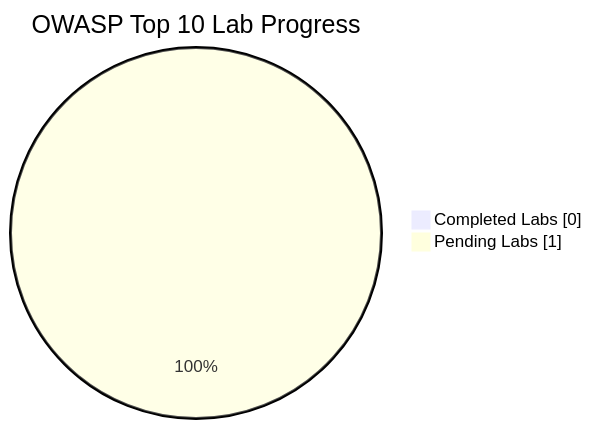
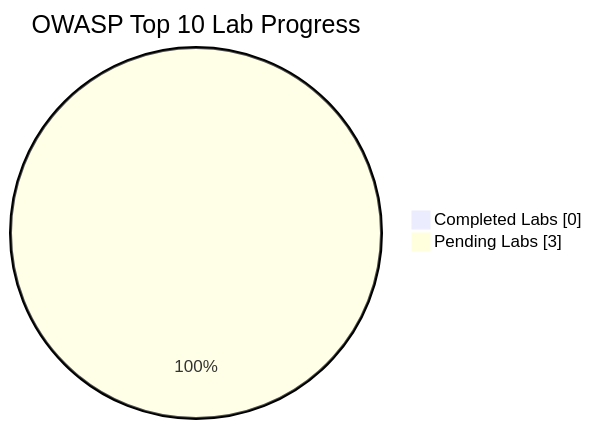
Before and after one commit to Nish344/owasp-top10-web-security: the diagram in README.md, drawn with Mermaid. The commit also changed other lines of this file and 1 other file, not shown here.

````diff
--- a/README.md
+++ b/README.md
@@ -12,6 +12,6 @@
 ```mermaid
 pie showData
   title OWASP Top 10 Lab Progress
   "Completed Labs" : 0
-  "Pending Labs" : 1
+  "Pending Labs" : 3
 ```
````
